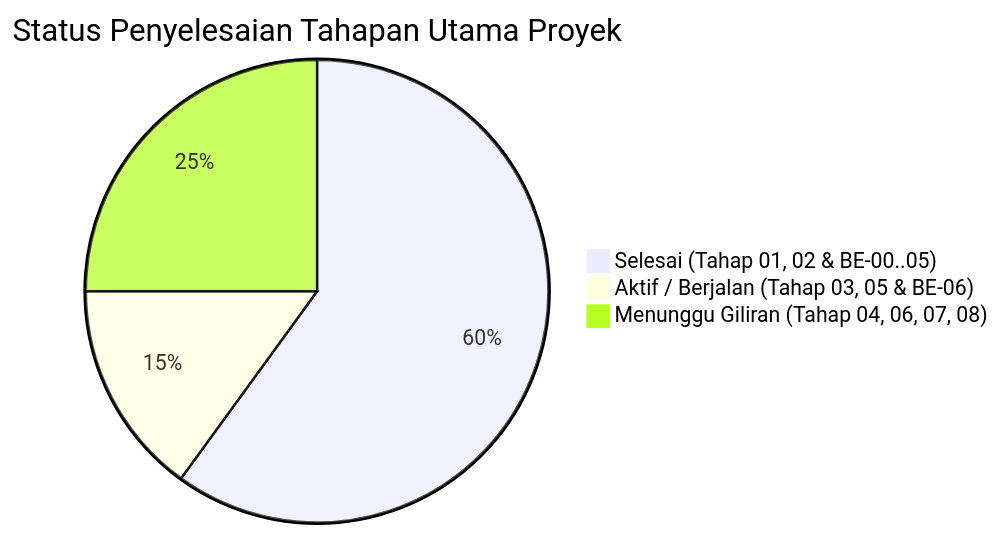
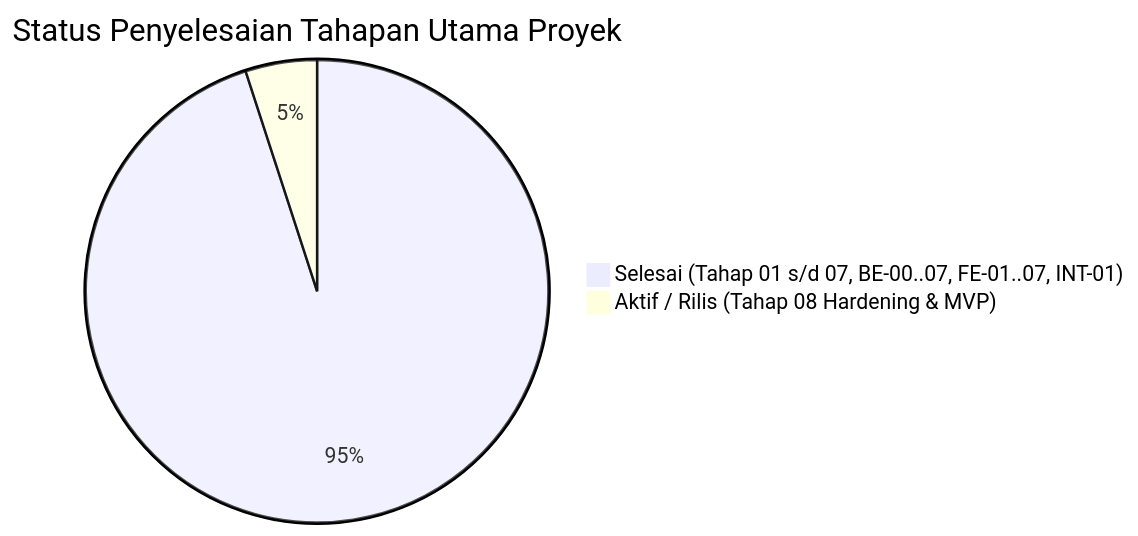
Before and after one commit to useripx/scratch_ardena: the diagram in Docs/Task_Status.md, drawn with Mermaid. The commit also changed other lines of this file and 14 other files, not shown here.

````diff
--- a/Docs/Task_Status.md
+++ b/Docs/Task_Status.md
@@ -11,6 +11,5 @@
 ```mermaid
 pie title Status Penyelesaian Tahapan Utama Proyek
-    "Selesai (Tahap 01, 02 & BE-00..05)" : 60
-    "Aktif / Berjalan (Tahap 03, 05 & BE-06)" : 15
-    "Menunggu Giliran (Tahap 04, 06, 07, 08)" : 25
+    "Selesai (Tahap 01 s/d 07, BE-00..07, FE-01..07, INT-01)" : 95
+    "Aktif / Rilis (Tahap 08 Hardening & MVP)" : 5
 ```
````
